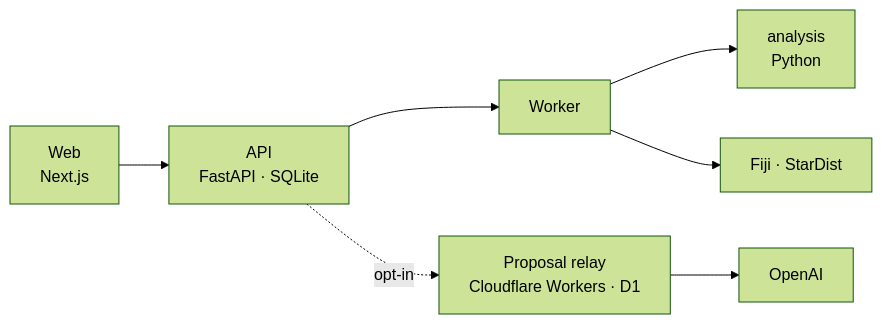
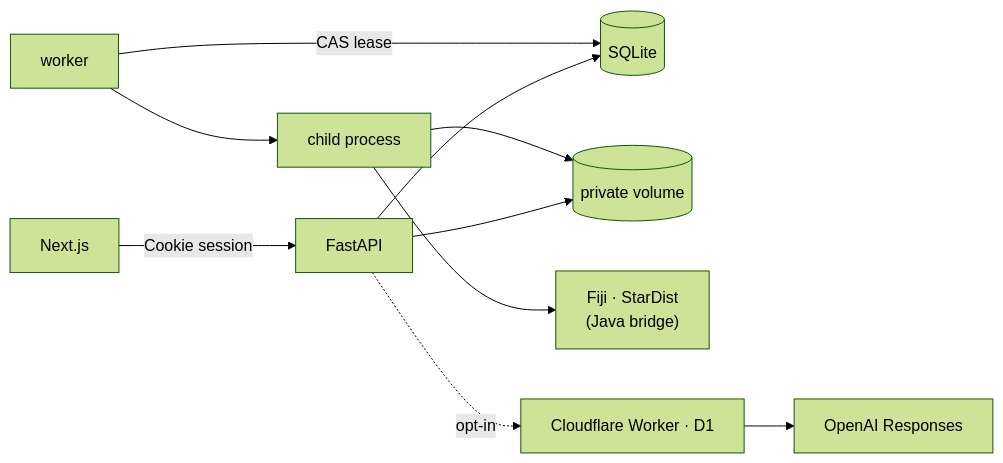
Before and after one commit to genellect/cytellect: the diagram in README.md, drawn with Mermaid (forest theme). The commit also changed other lines of this file, not shown here.

````diff
--- a/README.md
+++ b/README.md
@@ -16,9 +11,11 @@
 ```mermaid
 flowchart LR
-    Web["Web<br/>Next.js"] --> API["API<br/>FastAPI · SQLite"]
-    API --> Worker["Worker"]
-    Worker --> Analysis["analysis<br/>Python"]
-    Worker --> Fiji["Fiji · StarDist"]
-    API -. opt-in .-> Relay["Proposal relay<br/>Cloudflare Workers · D1"]
-    Relay --> OpenAI["OpenAI"]
+    Web["Next.js"] -->|Cookie session| API["FastAPI"]
+    API --> DB[("SQLite")]
+    API --> Files[("private volume")]
+    Worker["worker"] -->|CAS lease| DB
+    Worker --> Child["child process"]
+    Child --> Fiji["Fiji · StarDist<br/>(Java bridge)"]
+    Child --> Files
+    API -. opt-in .-> Relay["Cloudflare Worker · D1"] --> OpenAI["OpenAI Responses"]
 ```
````
